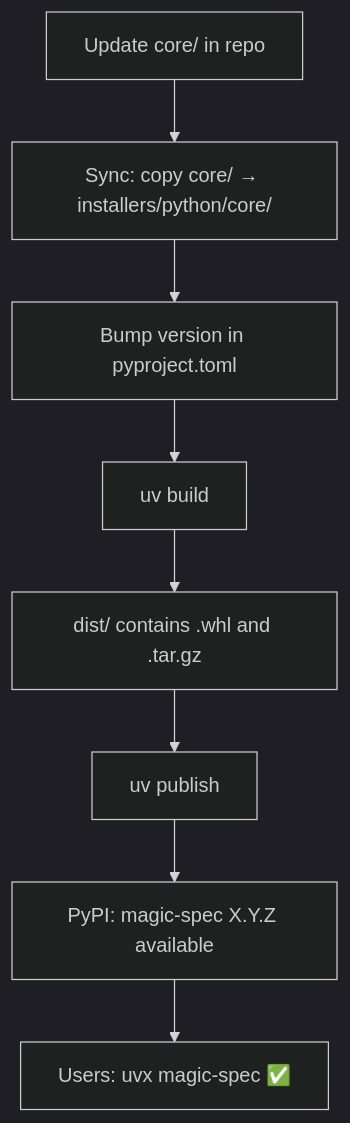
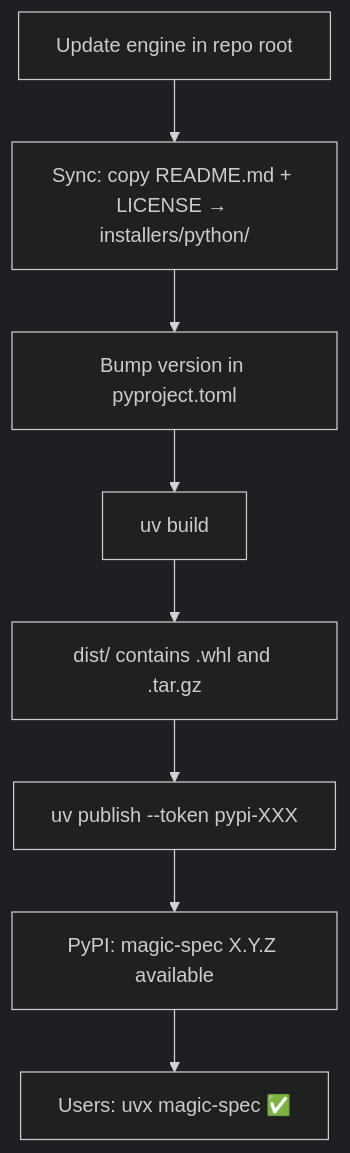
Before and after one commit to teratron/magic-spec: the second of 2 diagrams in .design/specifications/distribution-pypi.md, drawn with Mermaid (dark theme). The commit also changed other lines of this file and 9 other files, not shown here.

Commit message:
feat: add initial design specifications for distribution, architecture, CLI, and secrets management.

````diff
--- a/.design/specifications/distribution-pypi.md
+++ b/.design/specifications/distribution-pypi.md
@@ -104,10 +101,10 @@
 ```mermaid
 graph TD
-    A["Update core/ in repo"] --> B["Sync: copy core/ → installers/python/core/"]
+    A["Update engine in repo root"] --> B["Sync: copy README.md + LICENSE → installers/python/"]
     B --> C["Bump version in pyproject.toml"]
     C --> D["uv build"]
     D --> E["dist/ contains .whl and .tar.gz"]
-    E --> F["uv publish"]
+    E --> F["uv publish --token pypi-XXX"]
     F --> G["PyPI: magic-spec X.Y.Z available"]
     G --> H["Users: uvx magic-spec ✅"]
 ```
````
